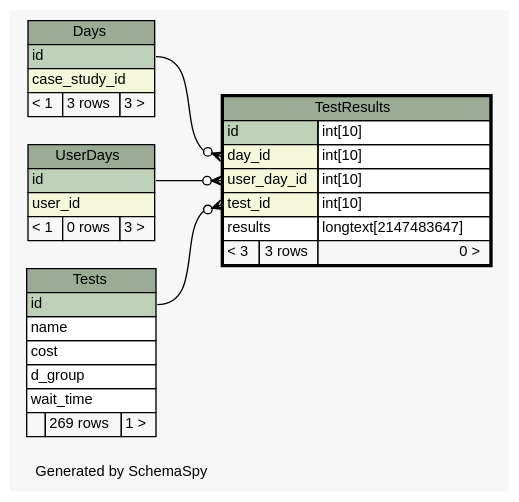
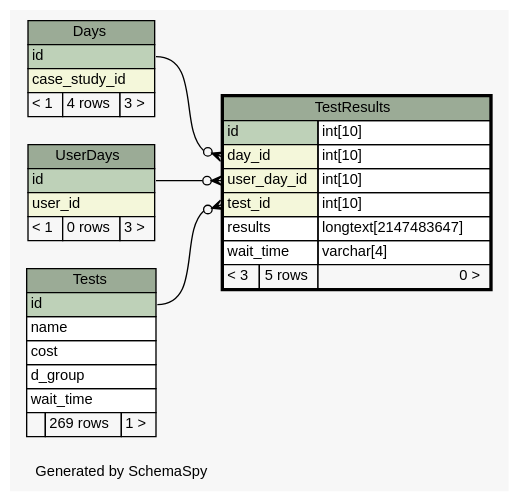
The diagram in web/files/schema/diagrams/TestResults.1degree.dot (carrel2/CaseStudies), drawn with Graphviz before and after one commit. The commit also changed 256 other files, not shown here.

```diff
--- a/web/files/schema/diagrams/TestResults.1degree.dot
+++ b/web/files/schema/diagrams/TestResults.1degree.dot
@@ -1,75 +1,76 @@
-// dot 2.38.0 on Linux 4.4.0-77-generic
+// dot 2.38.0 on Linux 4.4.0-78-generic
 // SchemaSpy rev 590
 digraph "oneDegreeRelationshipsDiagram" {
   graph [
     rankdir="RL"
     bgcolor="#f7f7f7"
     label="\nGenerated by SchemaSpy"
     labeljust="l"
     nodesep="0.18"
     ranksep="0.46"
     fontname="Helvetica"
     fontsize="11"
   ];
   node [
     fontname="Helvetica"
     fontsize="11"
     shape="plaintext"
   ];
   edge [
     arrowsize="0.8"
   ];
   "TestResults":"day_id":w -> "Days":"id":e [arrowhead=none dir=back arrowtail=crowodot];
   "TestResults":"test_id":w -> "Tests":"id":e [arrowhead=none dir=back arrowtail=crowodot];
   "TestResults":"user_day_id":w -> "UserDays":"id":e [arrowhead=none dir=back arrowtail=crowodot];
   "Days" [
     label=<
     <TABLE BORDER="0" CELLBORDER="1" CELLSPACING="0" BGCOLOR="#ffffff">
       <TR><TD COLSPAN="3" BGCOLOR="#9bab96" ALIGN="CENTER">Days</TD></TR>
       <TR><TD PORT="id" COLSPAN="3" BGCOLOR="#bed1b8" ALIGN="LEFT">id</TD></TR>
       <TR><TD PORT="case_study_id" COLSPAN="3" BGCOLOR="#f4f7da" ALIGN="LEFT">case_study_id</TD></TR>
-      <TR><TD ALIGN="LEFT" BGCOLOR="#f7f7f7">&lt; 1</TD><TD ALIGN="RIGHT" BGCOLOR="#f7f7f7">3 rows</TD><TD ALIGN="RIGHT" BGCOLOR="#f7f7f7">3 &gt;</TD></TR>
+      <TR><TD ALIGN="LEFT" BGCOLOR="#f7f7f7">&lt; 1</TD><TD ALIGN="RIGHT" BGCOLOR="#f7f7f7">4 rows</TD><TD ALIGN="RIGHT" BGCOLOR="#f7f7f7">3 &gt;</TD></TR>
     </TABLE>>
     URL="Days.html"
     tooltip="Days"
   ];
   "TestResults" [
     label=<
     <TABLE BORDER="2" CELLBORDER="1" CELLSPACING="0" BGCOLOR="#ffffff">
       <TR><TD COLSPAN="3" BGCOLOR="#9bab96" ALIGN="CENTER">TestResults</TD></TR>
       <TR><TD PORT="id" COLSPAN="2" BGCOLOR="#bed1b8" ALIGN="LEFT">id</TD><TD PORT="id.type" ALIGN="LEFT">int[10]</TD></TR>
       <TR><TD PORT="day_id" COLSPAN="2" BGCOLOR="#f4f7da" ALIGN="LEFT">day_id</TD><TD PORT="day_id.type" ALIGN="LEFT">int[10]</TD></TR>
       <TR><TD PORT="user_day_id" COLSPAN="2" BGCOLOR="#f4f7da" ALIGN="LEFT">user_day_id</TD><TD PORT="user_day_id.type" ALIGN="LEFT">int[10]</TD></TR>
       <TR><TD PORT="test_id" COLSPAN="2" BGCOLOR="#f4f7da" ALIGN="LEFT">test_id</TD><TD PORT="test_id.type" ALIGN="LEFT">int[10]</TD></TR>
       <TR><TD PORT="results" COLSPAN="2" ALIGN="LEFT">results</TD><TD PORT="results.type" ALIGN="LEFT">longtext[2147483647]</TD></TR>
-      <TR><TD ALIGN="LEFT" BGCOLOR="#f7f7f7">&lt; 3</TD><TD ALIGN="RIGHT" BGCOLOR="#f7f7f7">3 rows</TD><TD ALIGN="RIGHT" BGCOLOR="#f7f7f7">0 &gt;</TD></TR>
+      <TR><TD PORT="wait_time" COLSPAN="2" ALIGN="LEFT">wait_time</TD><TD PORT="wait_time.type" ALIGN="LEFT">varchar[4]</TD></TR>
+      <TR><TD ALIGN="LEFT" BGCOLOR="#f7f7f7">&lt; 3</TD><TD ALIGN="RIGHT" BGCOLOR="#f7f7f7">5 rows</TD><TD ALIGN="RIGHT" BGCOLOR="#f7f7f7">0 &gt;</TD></TR>
     </TABLE>>
     URL="TestResults.html"
     tooltip="TestResults"
   ];
   "Tests" [
     label=<
     <TABLE BORDER="0" CELLBORDER="1" CELLSPACING="0" BGCOLOR="#ffffff">
       <TR><TD COLSPAN="3" BGCOLOR="#9bab96" ALIGN="CENTER">Tests</TD></TR>
       <TR><TD PORT="id" COLSPAN="3" BGCOLOR="#bed1b8" ALIGN="LEFT">id</TD></TR>
       <TR><TD PORT="name" COLSPAN="3" ALIGN="LEFT">name</TD></TR>
       <TR><TD PORT="cost" COLSPAN="3" ALIGN="LEFT">cost</TD></TR>
       <TR><TD PORT="d_group" COLSPAN="3" ALIGN="LEFT">d_group</TD></TR>
       <TR><TD PORT="wait_time" COLSPAN="3" ALIGN="LEFT">wait_time</TD></TR>
       <TR><TD ALIGN="LEFT" BGCOLOR="#f7f7f7">  </TD><TD ALIGN="RIGHT" BGCOLOR="#f7f7f7">269 rows</TD><TD ALIGN="RIGHT" BGCOLOR="#f7f7f7">1 &gt;</TD></TR>
     </TABLE>>
     URL="Tests.html"
     tooltip="Tests"
   ];
   "UserDays" [
     label=<
     <TABLE BORDER="0" CELLBORDER="1" CELLSPACING="0" BGCOLOR="#ffffff">
       <TR><TD COLSPAN="3" BGCOLOR="#9bab96" ALIGN="CENTER">UserDays</TD></TR>
       <TR><TD PORT="id" COLSPAN="3" BGCOLOR="#bed1b8" ALIGN="LEFT">id</TD></TR>
       <TR><TD PORT="user_id" COLSPAN="3" BGCOLOR="#f4f7da" ALIGN="LEFT">user_id</TD></TR>
       <TR><TD ALIGN="LEFT" BGCOLOR="#f7f7f7">&lt; 1</TD><TD ALIGN="RIGHT" BGCOLOR="#f7f7f7">0 rows</TD><TD ALIGN="RIGHT" BGCOLOR="#f7f7f7">3 &gt;</TD></TR>
     </TABLE>>
     URL="UserDays.html"
     tooltip="UserDays"
   ];
 }
```
